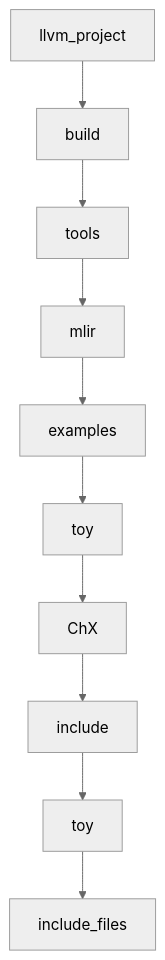
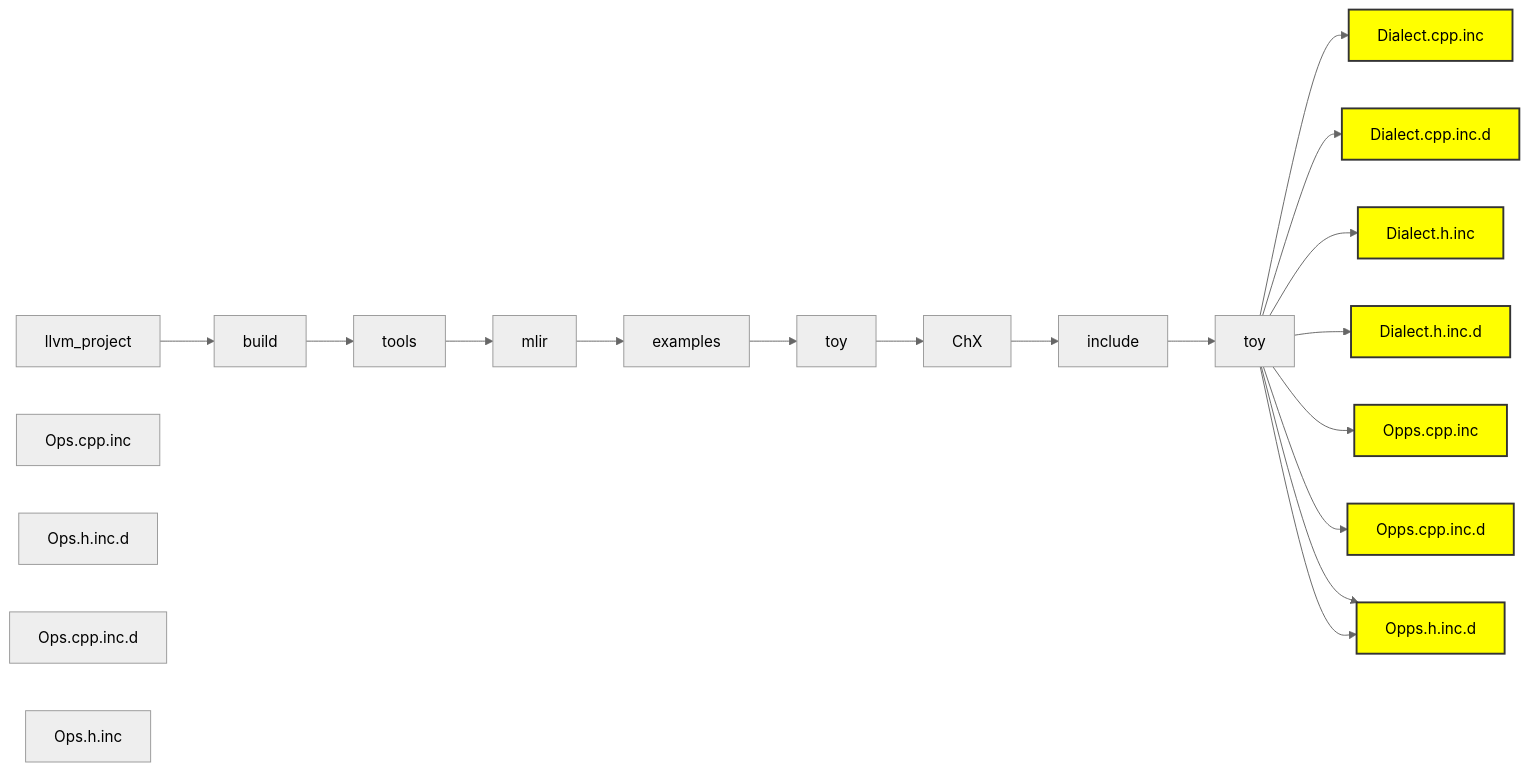
Before and after one commit to Ameya674/mlir_for_beginners: the second of 2 diagrams in Ch2.md, drawn with Mermaid (neutral theme).

````diff
--- a/Ch2.md
+++ b/Ch2.md
@@ -133,30 +133,51 @@
 ```mermaid
-graph TD
+graph LR
   llvm_project["llvm_project"]
   build["build"]
 
   llvm_project --> build
 
   build_tools["tools"]
 
   build --> build_tools
 
   tools_mlir["mlir"]
   tools_mlir_examples["examples"]
   tools_mlir_examples_toy["toy"]
   tools_mlir_examples_toy_ChX["ChX"]
   tools_mlir_examples_toy_ChX_include["include"]
   tools_mlir_examples_toy_ChX_include_toy["toy"]
-  tools_mlir_examples_toy_ChX_include_toy_include_files["include_files"]
+  Dialect.cpp.inc.d["Dialect.cpp.inc.d"]
+  Ops.cpp.inc["Ops.cpp.inc"]
+  Ops.h.inc.d["Ops.h.inc.d"]
+  Dialect.h.inc["Dialect.h.inc"]
+  Ops.cpp.inc.d["Ops.cpp.inc.d"]
+  Dialect.cpp.inc["Dialect.cpp.inc"]
+  Dialect.h.inc.d["Dialect.h.inc.d"]
+  Ops.h.inc["Ops.h.inc"]
 
   build_tools --> tools_mlir
   tools_mlir --> tools_mlir_examples
   tools_mlir_examples --> tools_mlir_examples_toy
   tools_mlir_examples_toy --> tools_mlir_examples_toy_ChX
   tools_mlir_examples_toy_ChX --> tools_mlir_examples_toy_ChX_include
   tools_mlir_examples_toy_ChX_include --> tools_mlir_examples_toy_ChX_include_toy
-  tools_mlir_examples_toy_ChX_include_toy --> tools_mlir_examples_toy_ChX_include_toy_include_files
+  tools_mlir_examples_toy_ChX_include_toy --> Dialect.cpp.inc
+  tools_mlir_examples_toy_ChX_include_toy --> Dialect.cpp.inc.d
+  tools_mlir_examples_toy_ChX_include_toy --> Dialect.h.inc
+  tools_mlir_examples_toy_ChX_include_toy --> Dialect.h.inc.d
+  tools_mlir_examples_toy_ChX_include_toy --> Opps.cpp.inc
+  tools_mlir_examples_toy_ChX_include_toy --> Opps.cpp.inc.d
+  tools_mlir_examples_toy_ChX_include_toy --> Opps.h.inc.d
+  tools_mlir_examples_toy_ChX_include_toy --> Opps.h.inc.d
 
   classDef yellow fill:#ff0,stroke:#333,stroke-width:2px,color:#000;
-  
+  class Dialect.h.inc yellow
+  class Dialect.h.inc.d yellow
+  class Dialect.cpp.inc yellow
+  class Dialect.cpp.inc.d yellow
+  class Opps.h.inc yellow
+  class Opps.h.inc.d yellow
+  class Opps.cpp.inc yellow
+  class Opps.cpp.inc.d yellow
 ```
````
